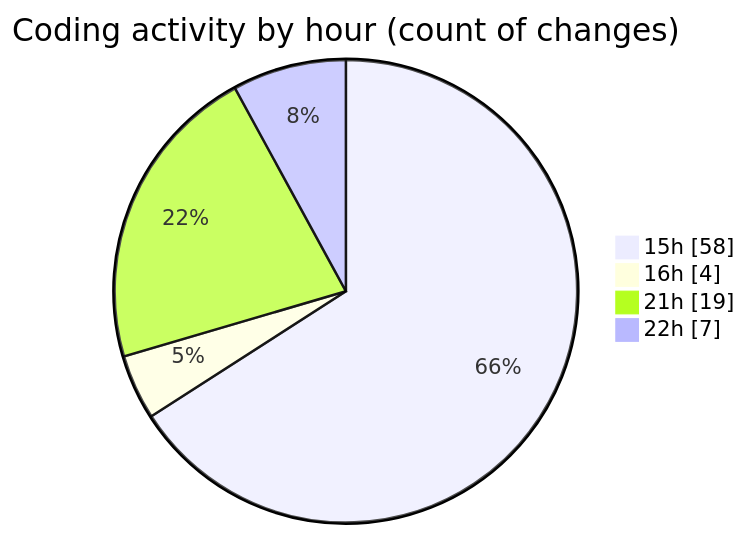
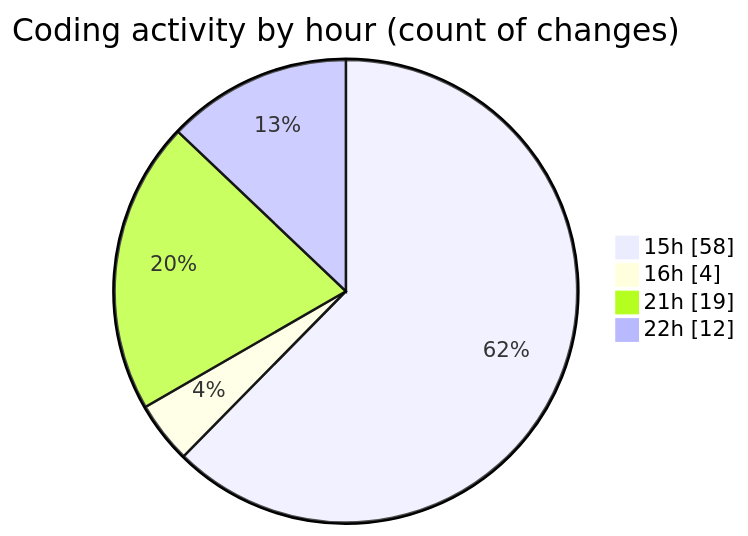
The second of 2 diagrams in 2026-01-22/cda-web-components/README.md (momahboobian/code-tracking), drawn with Mermaid before and after one commit. The commit also changed other lines of this file and 1 other file, not shown here.

````diff
--- a/2026-01-22/cda-web-components/README.md
+++ b/2026-01-22/cda-web-components/README.md
@@ -71,8 +71,8 @@
 ```mermaid
 pie showData
 title Coding activity by hour (count of changes)
 "15h" : 58
 "16h" : 4
 "21h" : 19
-"22h" : 7
+"22h" : 12
 ```
````
